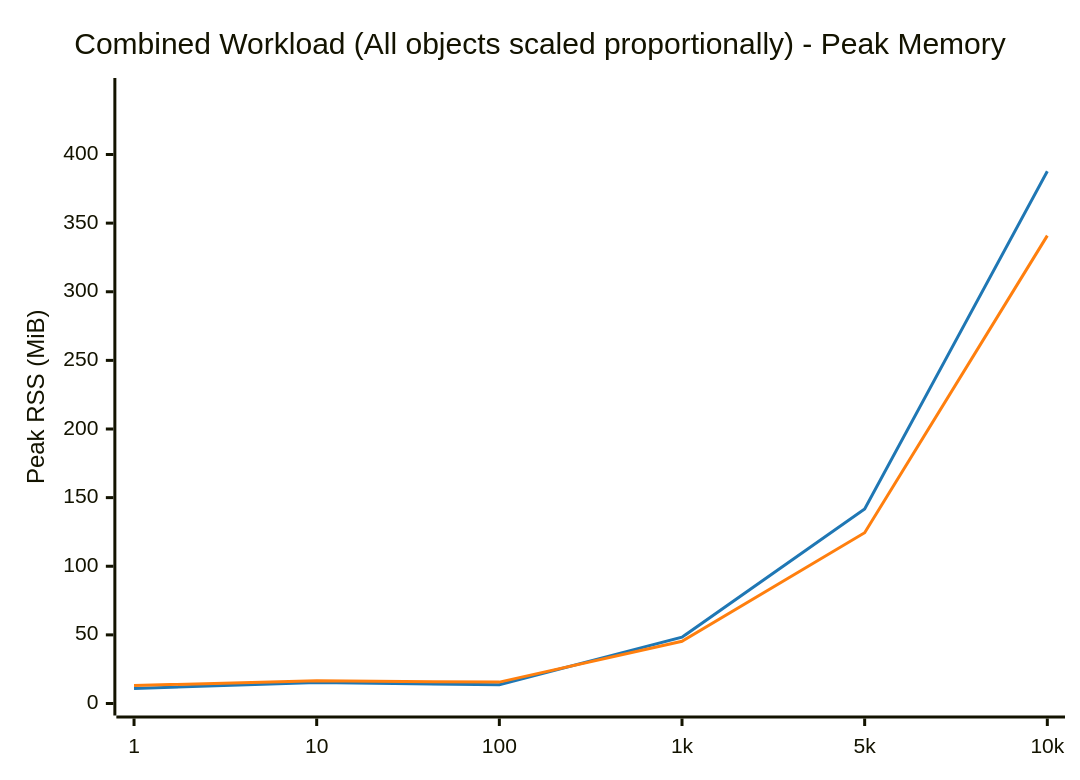
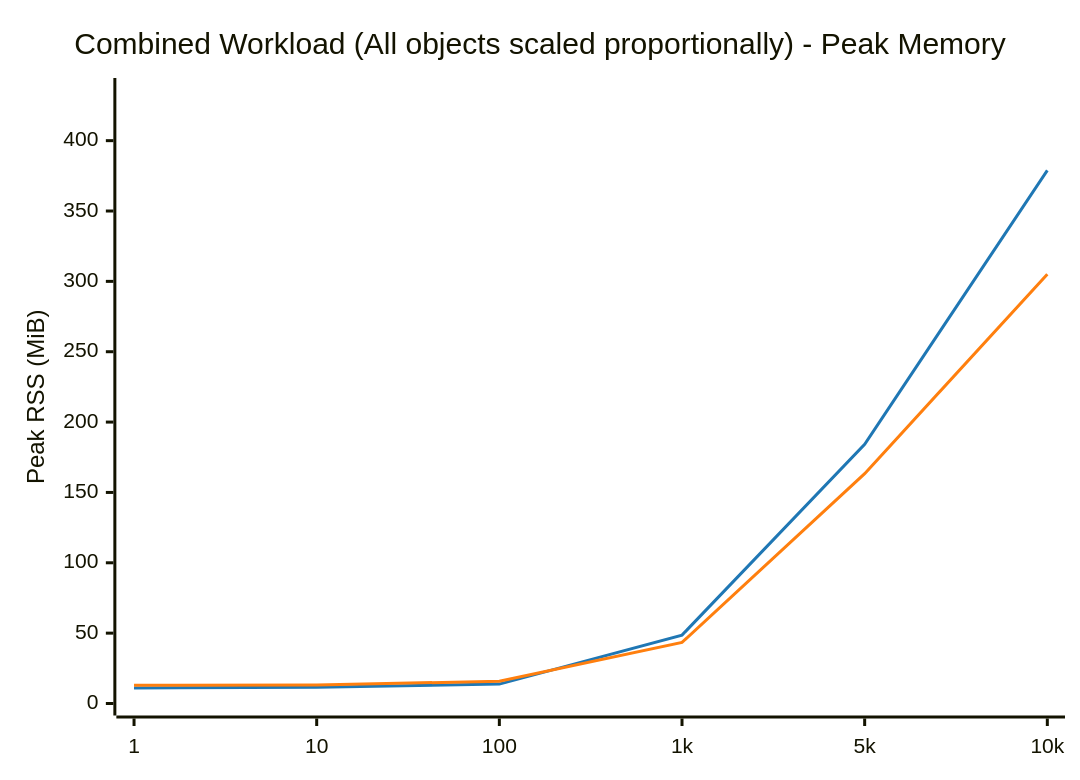
One commit to LionelJouin/ovs-ovn-bench changed diagram 16 of 16 in results/BENCHMARK_REPORT.md. Above: the diagram before and after it, drawn with Mermaid. The commit also changed other lines of this file and 1 other file, not shown here.

````diff
--- a/results/BENCHMARK_REPORT.md
+++ b/results/BENCHMARK_REPORT.md
@@ -765,14 +765,14 @@
 ```mermaid
 ---
 config:
     themeVariables:
         xyChart:
             plotColorPalette: "#1f77b4, #ff7f0e"
 ---
 xychart-beta
     title "Combined Workload (All objects scaled proportionally) - Peak Memory"
     x-axis ["1", "10", "100", "1k", "5k", "10k"]
-    y-axis "Peak RSS (MiB)" 0 --> 447
-    line "glibc malloc" [11.0, 15.3, 13.7, 48.3, 141.7, 387.8]
-    line "jemalloc" [13.1, 16.5, 15.6, 45.3, 124.4, 340.9]
+    y-axis "Peak RSS (MiB)" 0 --> 436
+    line "glibc malloc" [11.1, 11.5, 13.8, 48.6, 184.2, 378.9]
+    line "jemalloc" [12.9, 13.2, 15.8, 43.4, 163.3, 305.1]
 ```
````
